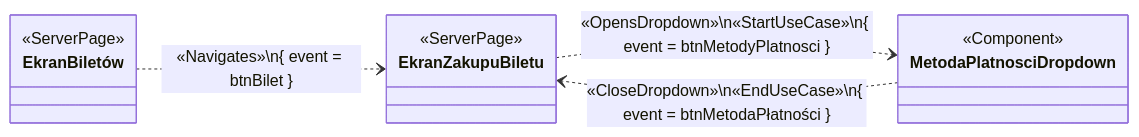
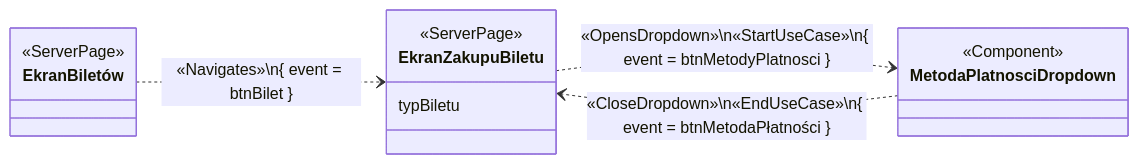
The sixth of 9 diagrams in documentation/course/E1.md (PWR-ACS-SE-24/SoftwareSystemDesign), drawn with Mermaid before and after one commit. The commit also changed other lines of this file, not shown here.

````diff
--- a/documentation/course/E1.md
+++ b/documentation/course/E1.md
@@ -747,11 +750,13 @@
 ```mermaid
 classDiagram
     direction LR
     class EkranBiletów { <<ServerPage>> }
-    class EkranZakupuBiletu { <<ServerPage>> }
+    class EkranZakupuBiletu { 
+        <<ServerPage>>
+        typBiletu }
     class MetodaPlatnosciDropdown { <<Component>> }
 
     EkranBiletów ..> EkranZakupuBiletu: «Navigates»\n{ event = btnBilet }
     EkranZakupuBiletu ..> MetodaPlatnosciDropdown: «OpensDropdown»\n«StartUseCase»\n{ event = btnMetodyPlatnosci }
     MetodaPlatnosciDropdown ..> EkranZakupuBiletu: «CloseDropdown»\n«EndUseCase»\n{ event = btnMetodaPłatności }
 ```
````
